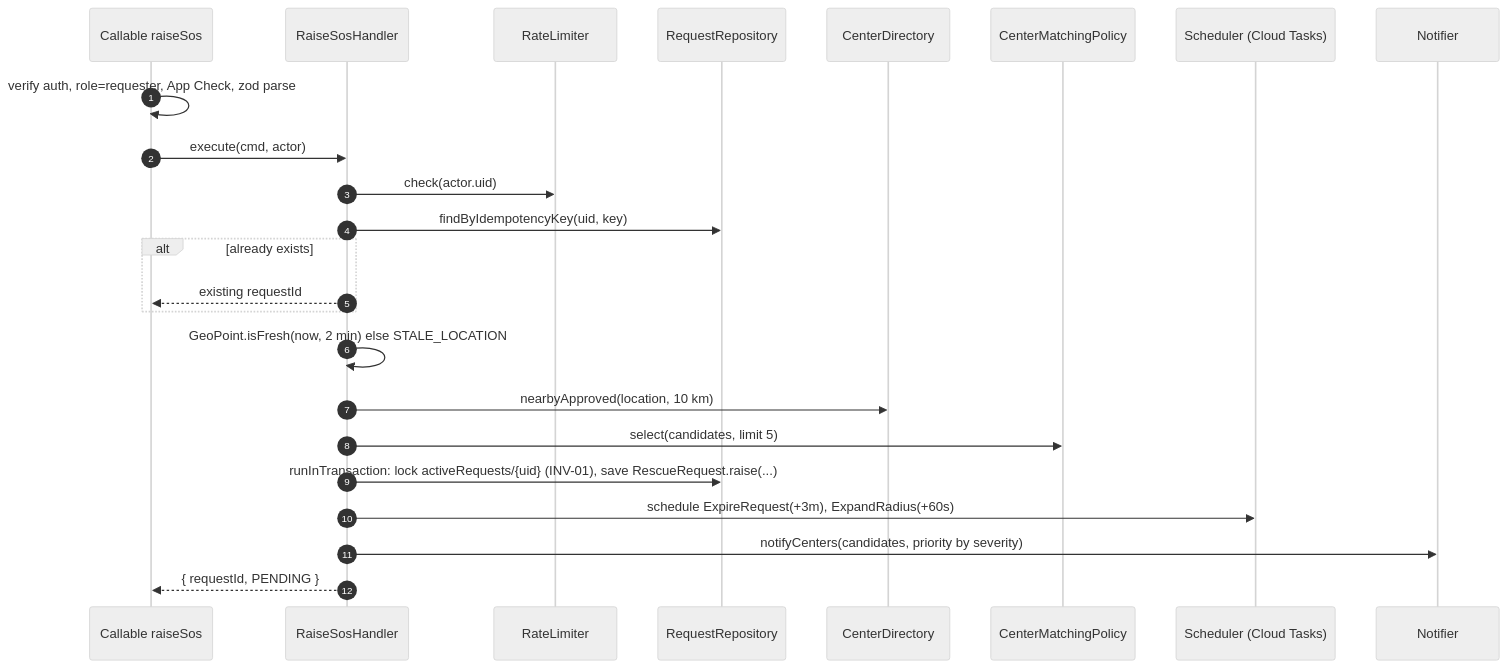
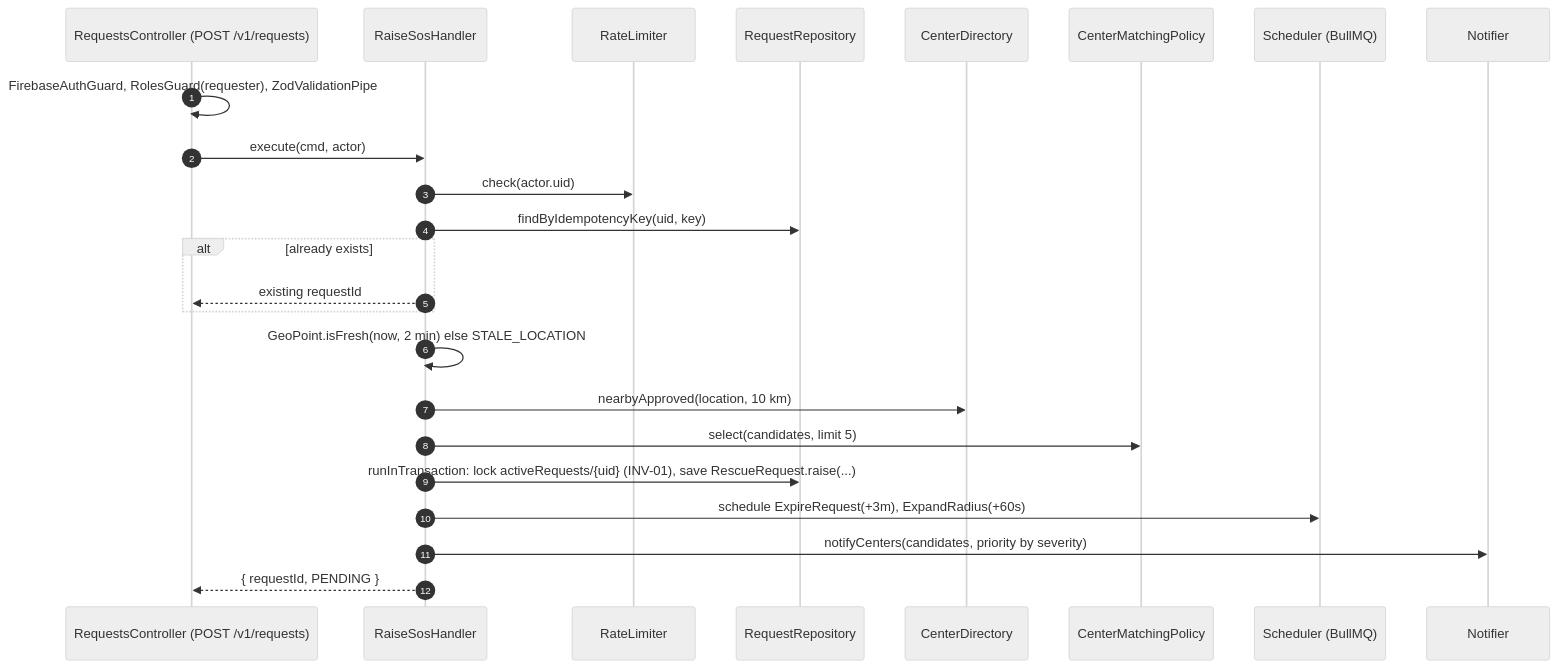
Before and after one commit to dunguyen-311201/graduation-project: the second of 4 diagrams in docs/03-design/lld.md, drawn with Mermaid (neutral theme). The commit also changed other lines of this file and 14 other files, not shown here.

First line of the commit message:
docs: ADR-0013 keep Firestore; align HLD/LLD/roadmap with NestJS API

````diff
--- a/docs/03-design/lld.md
+++ b/docs/03-design/lld.md
@@ -175,27 +187,27 @@
 ```mermaid
 sequenceDiagram
   autonumber
-  participant C as Callable raiseSos
+  participant C as RequestsController (POST /v1/requests)
   participant H as RaiseSosHandler
   participant RL as RateLimiter
   participant Repo as RequestRepository
   participant Dir as CenterDirectory
   participant P as CenterMatchingPolicy
-  participant S as Scheduler (Cloud Tasks)
+  participant S as Scheduler (BullMQ)
   participant N as Notifier
 
-  C->>C: verify auth, role=requester, App Check, zod parse
+  C->>C: FirebaseAuthGuard, RolesGuard(requester), ZodValidationPipe
   C->>H: execute(cmd, actor)
   H->>RL: check(actor.uid)
   H->>Repo: findByIdempotencyKey(uid, key)
   alt already exists
     H-->>C: existing requestId
   end
   H->>H: GeoPoint.isFresh(now, 2 min) else STALE_LOCATION
   H->>Dir: nearbyApproved(location, 10 km)
   H->>P: select(candidates, limit 5)
   H->>Repo: runInTransaction: lock activeRequests/{uid} (INV-01), save RescueRequest.raise(...)
   H->>S: schedule ExpireRequest(+3m), ExpandRadius(+60s)
   H->>N: notifyCenters(candidates, priority by severity)
   H-->>C: { requestId, PENDING }
 ```
````
